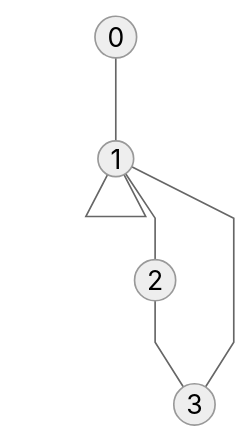
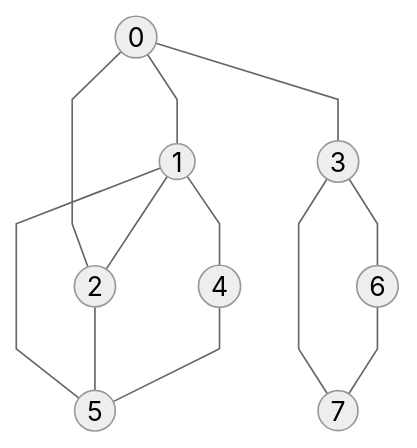
The diagram in README.md (Jarongo254/ACN), drawn with Mermaid (neutral theme) before and after one commit.

````diff
--- a/README.md
+++ b/README.md
@@ -99,10 +99,16 @@
 ```mermaid
 graph TD
     0((0)) --- 1((1))
-    1((1)) --- 1((1))
+    0((0)) --- 2((2))
+    0((0)) --- 3((3))
     1((1)) --- 2((2))
-    2((2)) --- 3((3))
-    3((3)) --- 1((1))
+    1((1)) --- 4((4))
+    1((1)) --- 5((5))
+    2((2)) --- 5((5))
+    3((3)) --- 6((6))
+    3((3)) --- 7((7))
+    4((4)) --- 5((5))
+    6((6)) --- 7((7))
     
     linkStyle default interpolate linear
 ```
````
